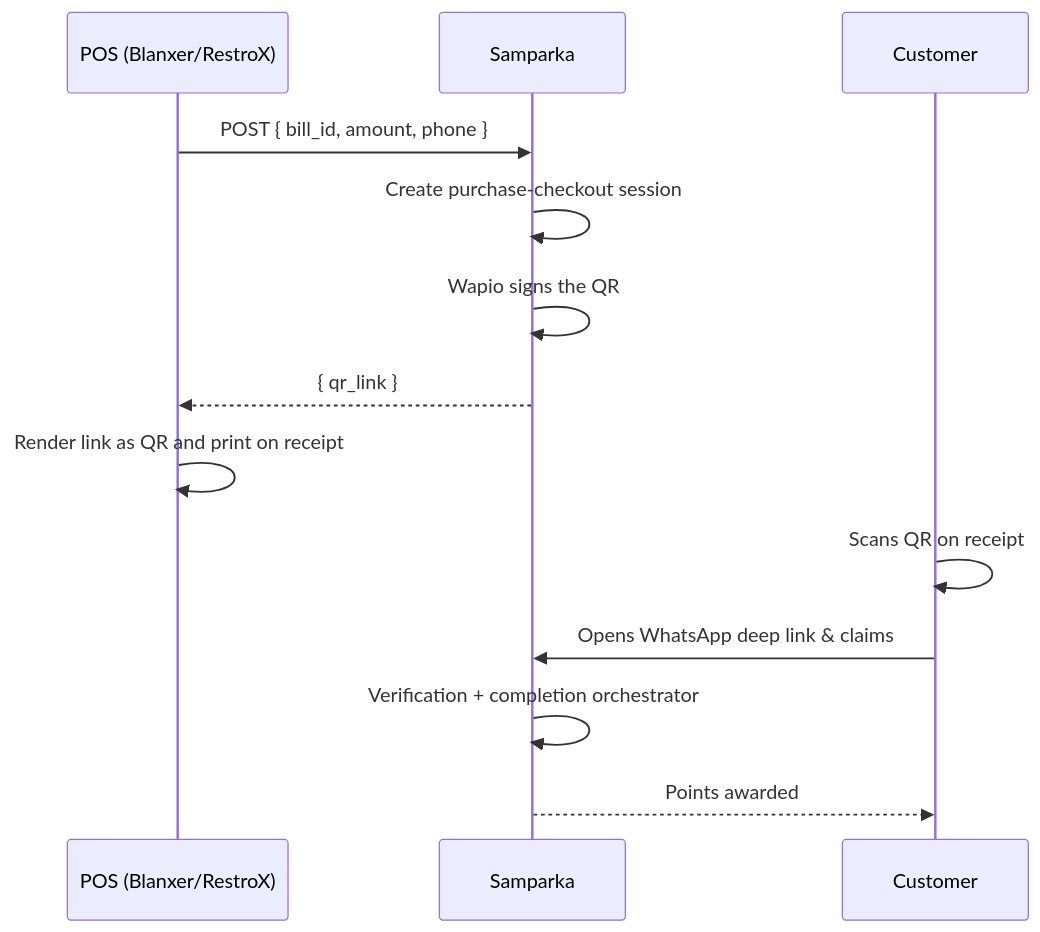
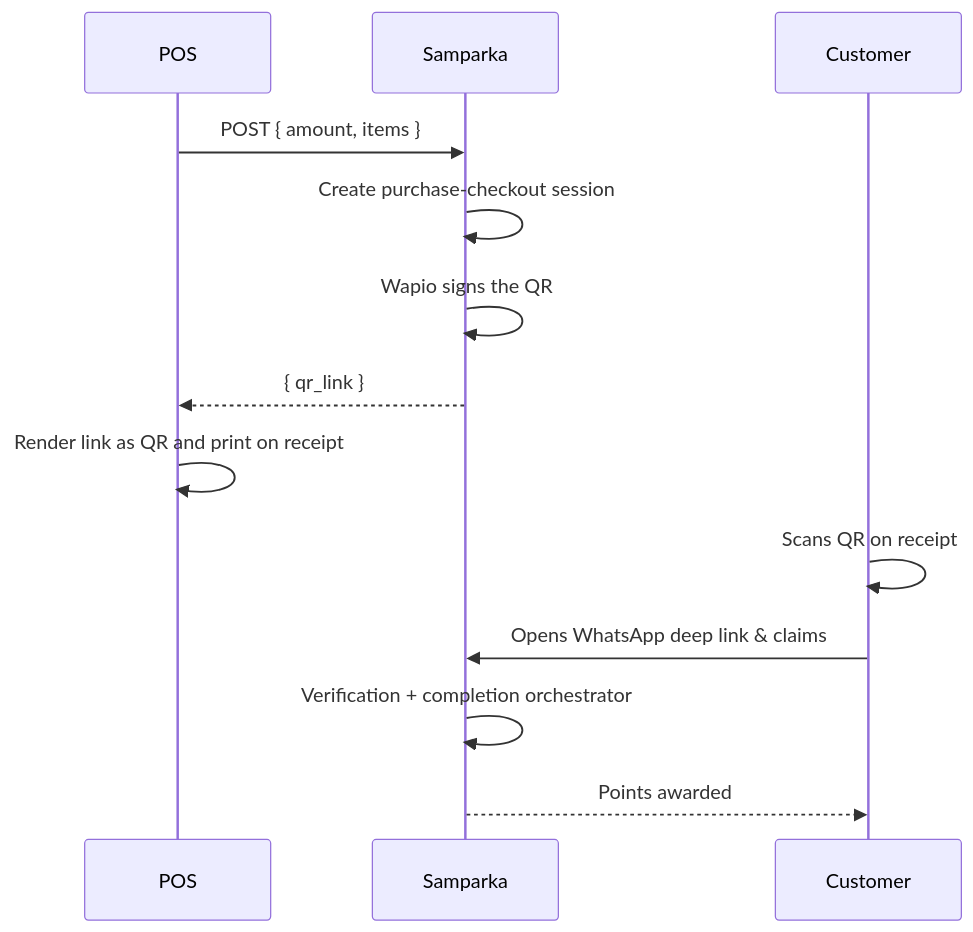
One commit to krischal07/docs changed the first of 2 diagrams in integrations/pos/getting-started/overview.mdx. Above: the diagram before and after it, drawn with Mermaid. The commit also changed other lines of this file and 16 other files, not shown here.

````diff
--- a/integrations/pos/getting-started/overview.mdx
+++ b/integrations/pos/getting-started/overview.mdx
@@ -51,16 +55,16 @@
     ```mermaid
     sequenceDiagram
-      participant POS as POS (Blanxer/RestroX)
+      participant POS as POS
       participant SAM as Samparka
       participant CUST as Customer
 
-      POS->>SAM: POST { bill_id, amount, phone }
+      POS->>SAM: POST { amount, items }
       SAM->>SAM: Create purchase-checkout session
       SAM->>SAM: Wapio signs the QR
       SAM-->>POS: { qr_link }
       POS->>POS: Render link as QR and print on receipt
       CUST->>CUST: Scans QR on receipt
       CUST->>SAM: Opens WhatsApp deep link & claims
       SAM->>SAM: Verification + completion orchestrator
       SAM-->>CUST: Points awarded
     ```
````
